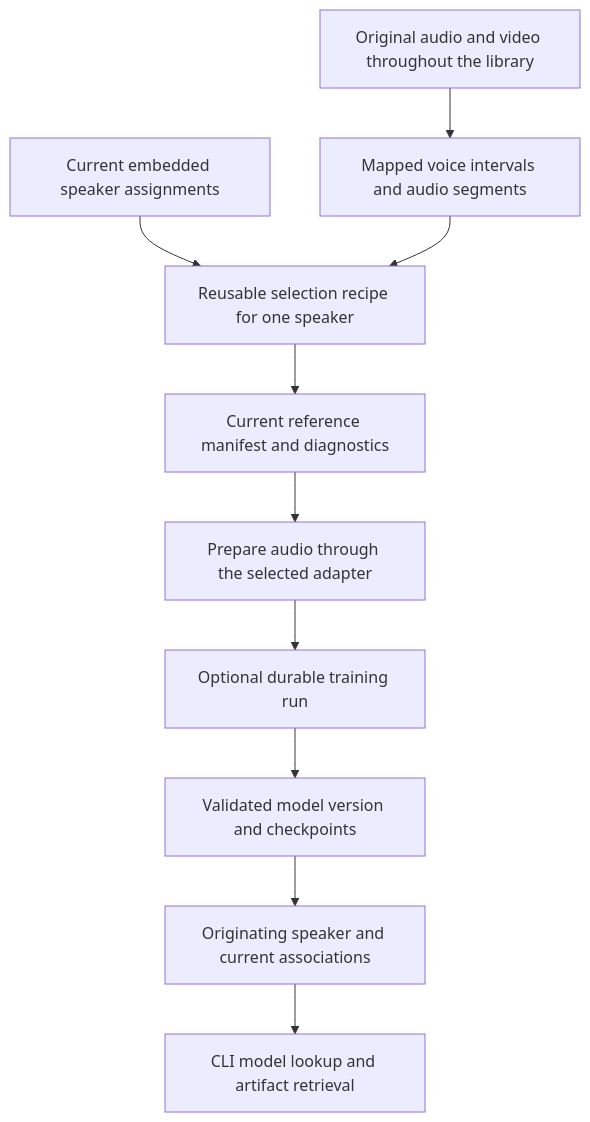
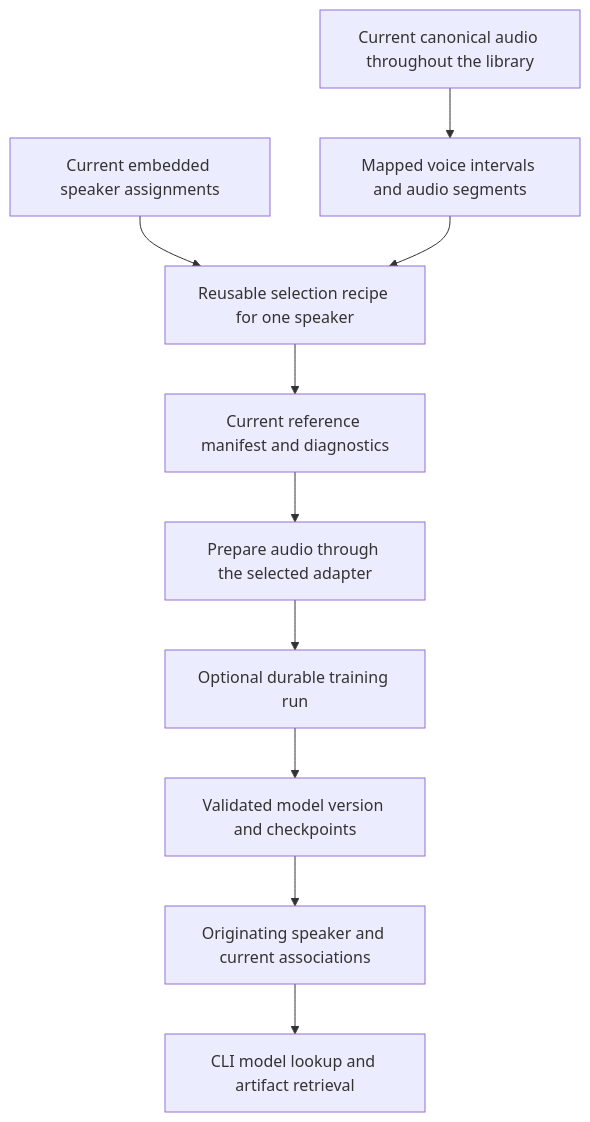
One commit to shruggietech/insonic changed the diagram in docs/v0.0.0/voice-models.md. Above: the diagram before and after it, drawn with Mermaid. The commit also changed other lines of this file and 98 other files, not shown here.

````diff
--- a/docs/v0.0.0/voice-models.md
+++ b/docs/v0.0.0/voice-models.md
@@ -9,12 +9,12 @@
 ```mermaid
 flowchart TB
-  Library[Original audio and video throughout the library] --> Segments[Mapped voice intervals and audio segments]
+  Library[Current canonical audio throughout the library] --> Segments[Mapped voice intervals and audio segments]
   Attribution[Current embedded speaker assignments] --> Select[Reusable selection recipe for one speaker]
   Segments --> Select
   Select --> Snapshot[Current reference manifest and diagnostics]
   Snapshot --> Prepare[Prepare audio through the selected adapter]
   Prepare --> Run[Optional durable training run]
   Run --> Version[Validated model version and checkpoints]
   Version --> Speaker[Originating speaker and current associations]
   Speaker --> Query[CLI model lookup and artifact retrieval]
 ```
````
